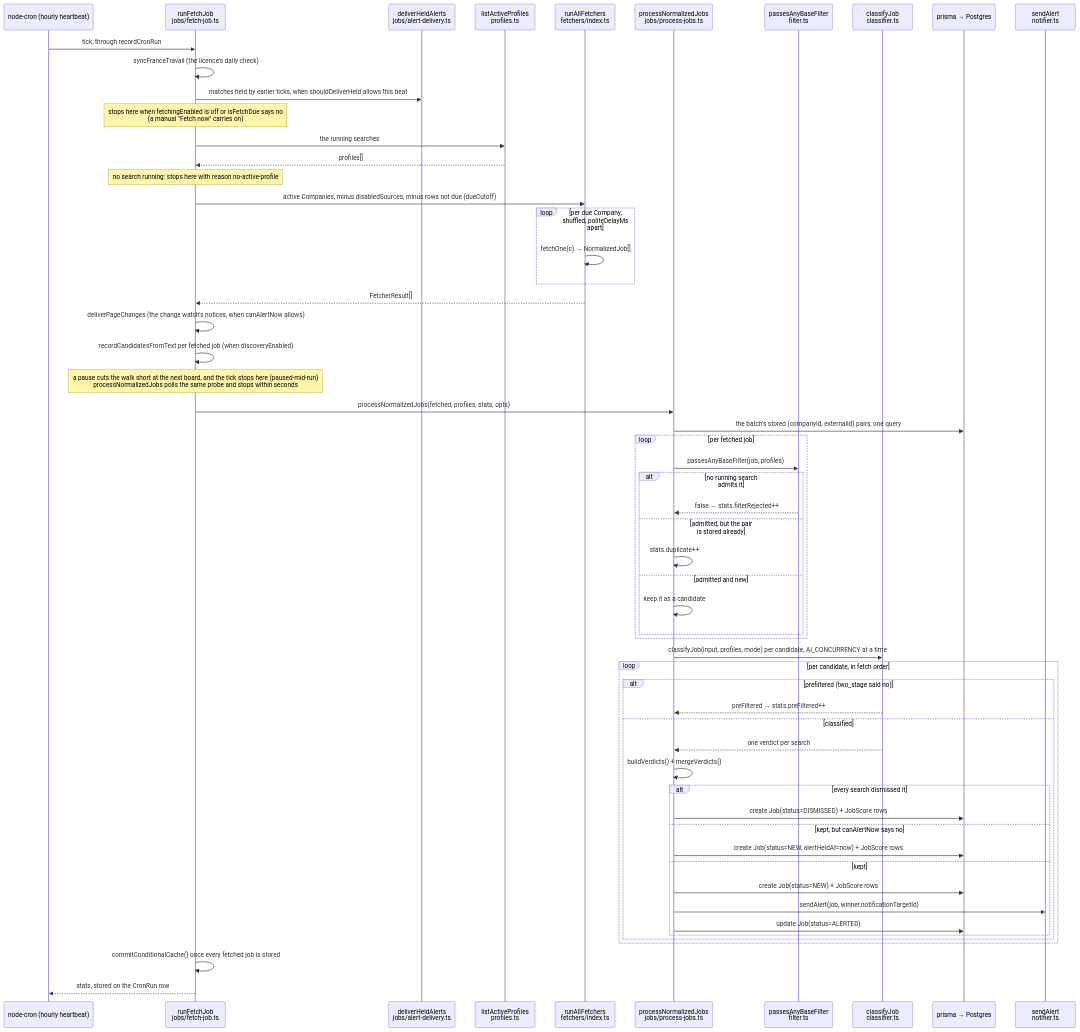
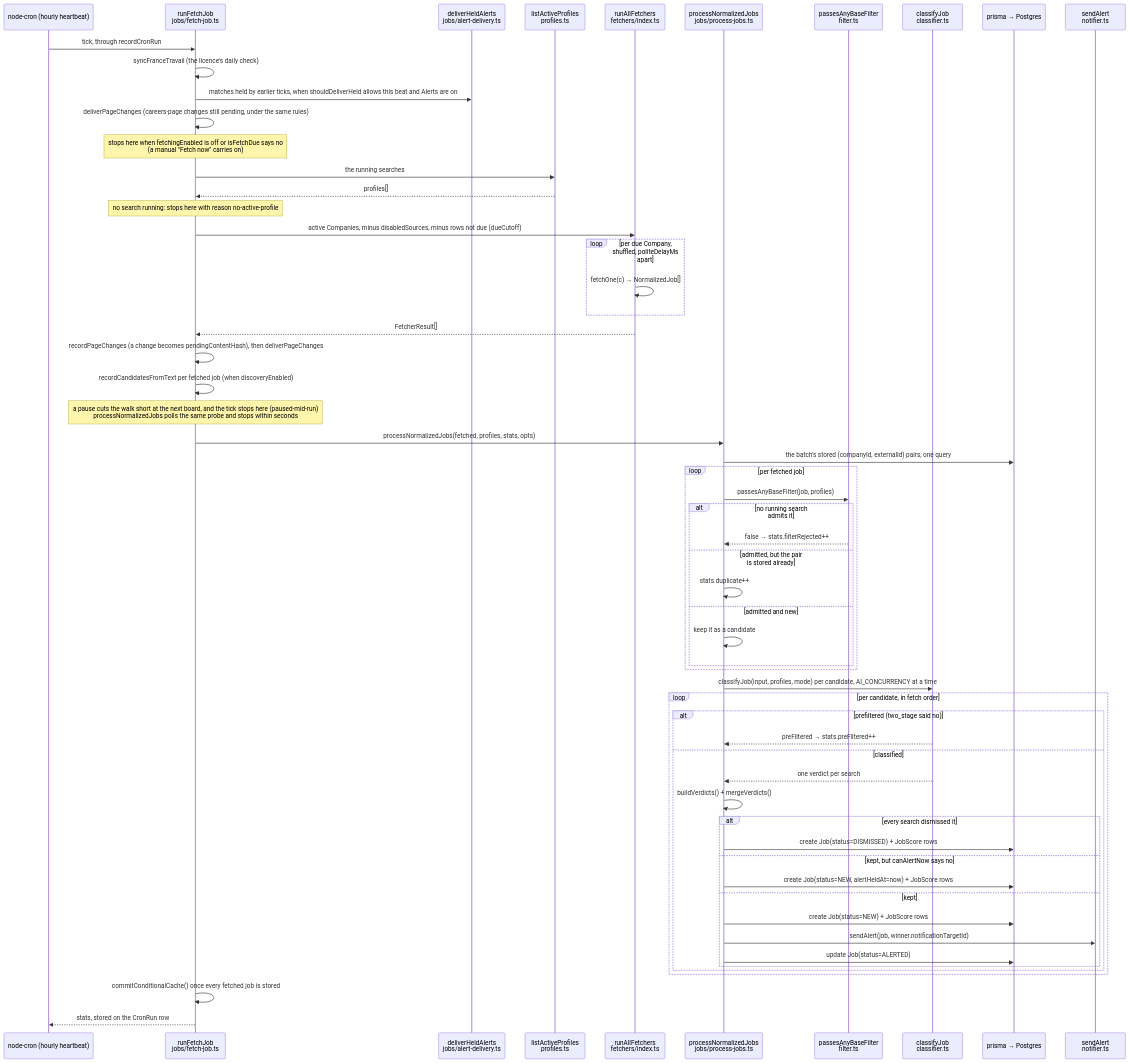
The second of 5 diagrams in ARCHITECTURE.md (applypack/applypack), drawn with Mermaid before and after one commit. The commit also changed other lines of this file and 34 other files, not shown here.

First line of the commit message:
fixed: alerts wait instead of being marked sent when nothing went out

````diff
--- a/ARCHITECTURE.md
+++ b/ARCHITECTURE.md
@@ -49,61 +49,62 @@
 ```mermaid
 sequenceDiagram
   participant cron as node-cron (hourly heartbeat)
   participant runFetchJob as runFetchJob<br/>jobs/fetch-job.ts
   participant deliverHeldAlerts as deliverHeldAlerts<br/>jobs/alert-delivery.ts
   participant listActiveProfiles as listActiveProfiles<br/>profiles.ts
   participant runAllFetchers as runAllFetchers<br/>fetchers/index.ts
   participant processNormalizedJobs as processNormalizedJobs<br/>jobs/process-jobs.ts
   participant passesAnyBaseFilter as passesAnyBaseFilter<br/>filter.ts
   participant classifyJob as classifyJob<br/>classifier.ts
   participant prisma as prisma → Postgres
   participant sendAlert as sendAlert<br/>notifier.ts
 
   cron->>runFetchJob: tick, through recordCronRun
   runFetchJob->>runFetchJob: syncFranceTravail (the licence's daily check)
-  runFetchJob->>deliverHeldAlerts: matches held by earlier ticks, when shouldDeliverHeld allows this beat
+  runFetchJob->>deliverHeldAlerts: matches held by earlier ticks, when shouldDeliverHeld allows this beat and Alerts are on
+  runFetchJob->>runFetchJob: deliverPageChanges (careers-page changes still pending, under the same rules)
   Note over runFetchJob: stops here when fetchingEnabled is off or isFetchDue says no<br/>(a manual "Fetch now" carries on)
   runFetchJob->>listActiveProfiles: the running searches
   listActiveProfiles-->>runFetchJob: profiles[]
   Note over runFetchJob: no search running: stops here with reason no-active-profile
   runFetchJob->>runAllFetchers: active Companies, minus disabledSources, minus rows not due (dueCutoff)
   loop per due Company, shuffled, politeDelayMs apart
     runAllFetchers->>runAllFetchers: fetchOne(c) → NormalizedJob[]
   end
   runAllFetchers-->>runFetchJob: FetcherResult[]
-  runFetchJob->>runFetchJob: deliverPageChanges (the change watch's notices, when canAlertNow allows)
+  runFetchJob->>runFetchJob: recordPageChanges (a change becomes pendingContentHash), then deliverPageChanges
   runFetchJob->>runFetchJob: recordCandidatesFromText per fetched job (when discoveryEnabled)
   Note over runFetchJob: a pause cuts the walk short at the next board, and the tick stops here (paused-mid-run)<br/>processNormalizedJobs polls the same probe and stops within seconds
   runFetchJob->>processNormalizedJobs: processNormalizedJobs(fetched, profiles, stats, opts)
   processNormalizedJobs->>prisma: the batch's stored (companyId, externalId) pairs, one query
   loop per fetched job
     processNormalizedJobs->>passesAnyBaseFilter: passesAnyBaseFilter(job, profiles)
     alt no running search admits it
       passesAnyBaseFilter-->>processNormalizedJobs: false → stats.filterRejected++
     else admitted, but the pair is stored already
       processNormalizedJobs->>processNormalizedJobs: stats.duplicate++
     else admitted and new
       processNormalizedJobs->>processNormalizedJobs: keep it as a candidate
     end
   end
   processNormalizedJobs->>classifyJob: classifyJob(input, profiles, mode) per candidate, AI_CONCURRENCY at a time
   loop per candidate, in fetch order
     alt prefiltered (two_stage said no)
       classifyJob-->>processNormalizedJobs: preFiltered → stats.preFiltered++
     else classified
       classifyJob-->>processNormalizedJobs: one verdict per search
       processNormalizedJobs->>processNormalizedJobs: buildVerdicts() + mergeVerdicts()
       alt every search dismissed it
         processNormalizedJobs->>prisma: create Job(status=DISMISSED) + JobScore rows
       else kept, but canAlertNow says no
         processNormalizedJobs->>prisma: create Job(status=NEW, alertHeldAt=now) + JobScore rows
       else kept
         processNormalizedJobs->>prisma: create Job(status=NEW) + JobScore rows
         processNormalizedJobs->>sendAlert: sendAlert(job, winner.notificationTargetId)
         processNormalizedJobs->>prisma: update Job(status=ALERTED)
       end
     end
   end
   runFetchJob->>runFetchJob: commitConditionalCache() once every fetched job is stored
   runFetchJob-->>cron: stats, stored on the CronRun row
 ```
````
